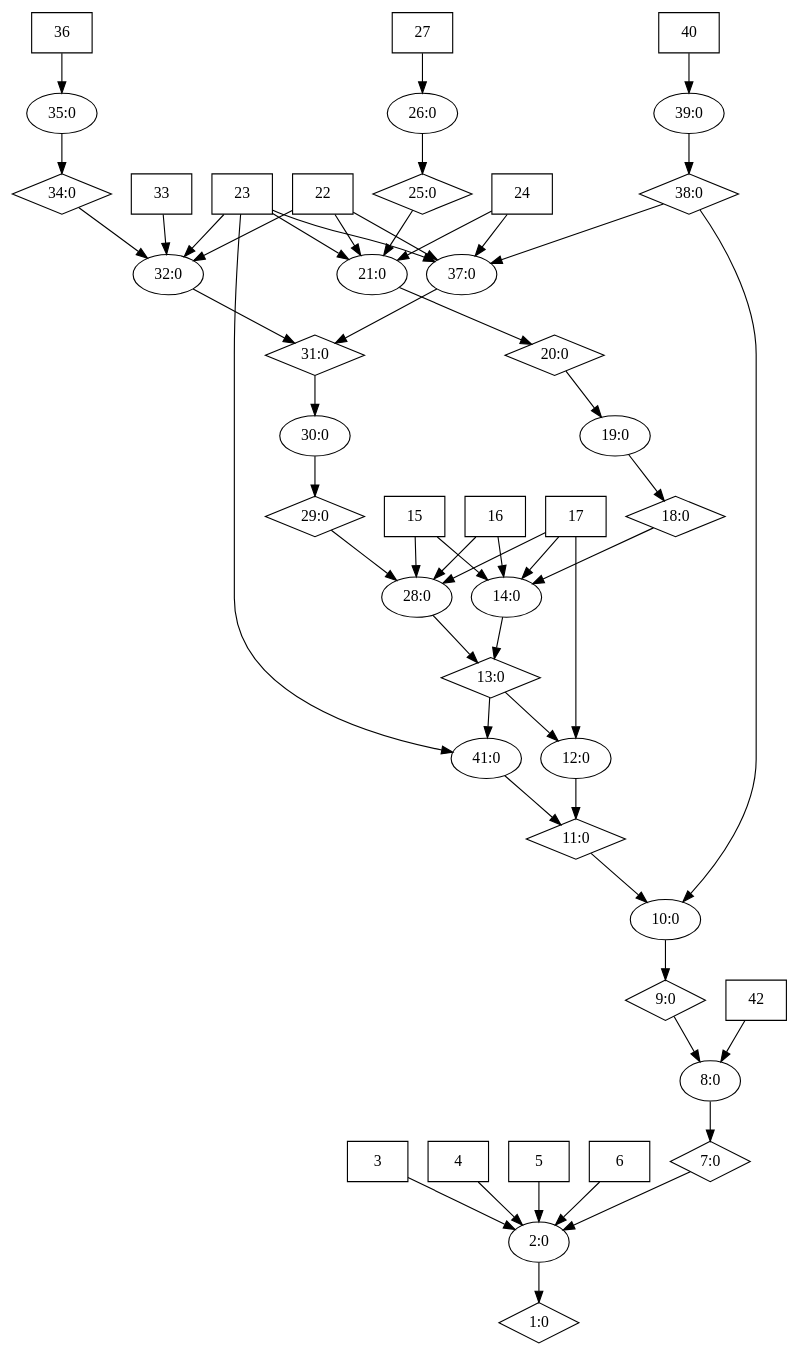
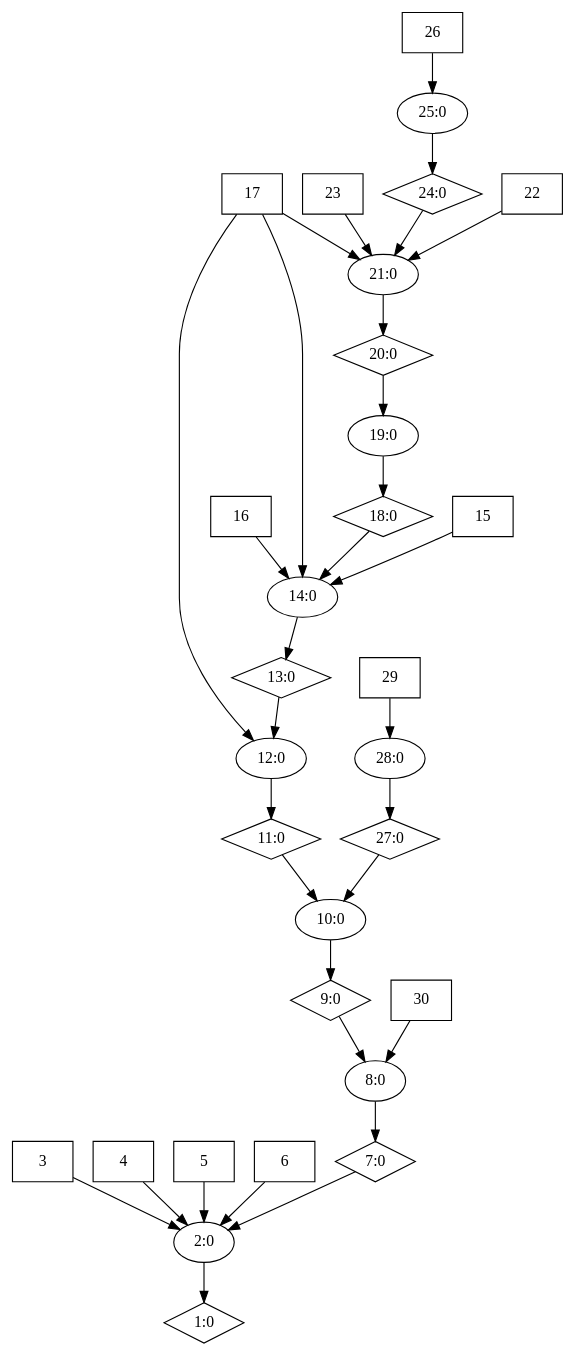
The diagram in UK-Office/AttackGraph/Asset-Access/AttackGraph.dot (myuser5215/SCyTAG), drawn with Graphviz before and after one commit. The commit also changed 10 other files, not shown here.

```diff
--- a/UK-Office/AttackGraph/Asset-Access/AttackGraph.dot
+++ b/UK-Office/AttackGraph/Asset-Access/AttackGraph.dot
@@ -1,97 +1,63 @@
 digraph G {
 	1 [label="1:0",shape=diamond];
 	2 [label="2:0",shape=ellipse];
 	3 [label="3",shape=box];
 	4 [label="4",shape=box];
 	5 [label="5",shape=box];
 	6 [label="6",shape=box];
 	7 [label="7:0",shape=diamond];
 	8 [label="8:0",shape=ellipse];
 	9 [label="9:0",shape=diamond];
 	10 [label="10:0",shape=ellipse];
 	11 [label="11:0",shape=diamond];
 	12 [label="12:0",shape=ellipse];
 	13 [label="13:0",shape=diamond];
 	14 [label="14:0",shape=ellipse];
 	15 [label="15",shape=box];
 	16 [label="16",shape=box];
 	17 [label="17",shape=box];
 	18 [label="18:0",shape=diamond];
 	19 [label="19:0",shape=ellipse];
 	20 [label="20:0",shape=diamond];
 	21 [label="21:0",shape=ellipse];
 	22 [label="22",shape=box];
 	23 [label="23",shape=box];
-	24 [label="24",shape=box];
-	25 [label="25:0",shape=diamond];
-	26 [label="26:0",shape=ellipse];
-	27 [label="27",shape=box];
+	24 [label="24:0",shape=diamond];
+	25 [label="25:0",shape=ellipse];
+	26 [label="26",shape=box];
+	27 [label="27:0",shape=diamond];
 	28 [label="28:0",shape=ellipse];
-	29 [label="29:0",shape=diamond];
-	30 [label="30:0",shape=ellipse];
-	31 [label="31:0",shape=diamond];
-	32 [label="32:0",shape=ellipse];
-	33 [label="33",shape=box];
-	34 [label="34:0",shape=diamond];
-	35 [label="35:0",shape=ellipse];
-	36 [label="36",shape=box];
-	37 [label="37:0",shape=ellipse];
-	38 [label="38:0",shape=diamond];
-	39 [label="39:0",shape=ellipse];
-	40 [label="40",shape=box];
-	41 [label="41:0",shape=ellipse];
-	42 [label="42",shape=box];
+	29 [label="29",shape=box];
+	30 [label="30",shape=box];
 	3 -> 	2;
 	4 -> 	2;
 	5 -> 	2;
 	6 -> 	2;
 	15 -> 	14;
 	16 -> 	14;
 	17 -> 	14;
 	22 -> 	21;
+	17 -> 	21;
 	23 -> 	21;
+	26 -> 	25;
+	25 -> 	24;
 	24 -> 	21;
-	27 -> 	26;
-	26 -> 	25;
-	25 -> 	21;
 	21 -> 	20;
 	20 -> 	19;
 	19 -> 	18;
 	18 -> 	14;
 	14 -> 	13;
-	15 -> 	28;
-	16 -> 	28;
-	17 -> 	28;
-	22 -> 	32;
-	23 -> 	32;
-	33 -> 	32;
-	36 -> 	35;
-	35 -> 	34;
-	34 -> 	32;
-	32 -> 	31;
-	22 -> 	37;
-	23 -> 	37;
-	24 -> 	37;
-	40 -> 	39;
-	39 -> 	38;
-	38 -> 	37;
-	37 -> 	31;
-	31 -> 	30;
-	30 -> 	29;
-	29 -> 	28;
-	28 -> 	13;
 	13 -> 	12;
 	17 -> 	12;
 	12 -> 	11;
-	13 -> 	41;
-	23 -> 	41;
-	41 -> 	11;
 	11 -> 	10;
-	38 -> 	10;
+	29 -> 	28;
+	28 -> 	27;
+	27 -> 	10;
 	10 -> 	9;
 	9 -> 	8;
-	42 -> 	8;
+	30 -> 	8;
 	8 -> 	7;
 	7 -> 	2;
 	2 -> 	1;
 }
```
